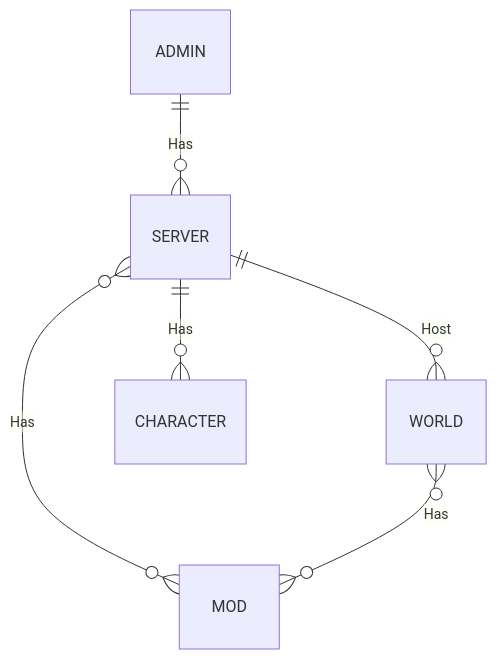
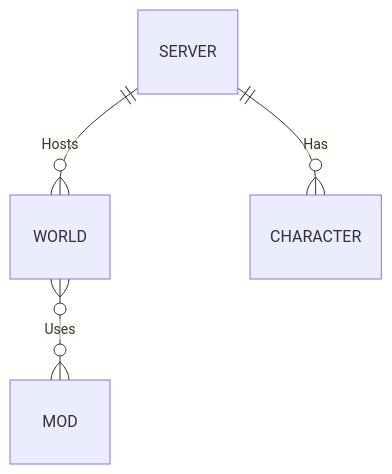
One commit to longlt201203/terraria-server-control changed the first of 2 diagrams in diagrams.md. Above: the diagram before and after it, drawn with Mermaid. The commit also changed other lines of this file and 25 other files, not shown here.

````diff
--- a/diagrams.md
+++ b/diagrams.md
@@ -3,8 +3,6 @@
 ```mermaid
 erDiagram
-    "ADMIN" ||--o{ "SERVER" : "Has"
-    "SERVER" ||--o{ "WORLD" : "Host"
-    "SERVER" }o--o{ "MOD" : "Has"
-    "WORLD" }o--o{ "MOD" : "Has"
+    "SERVER" ||--o{ "WORLD" : "Hosts"
+    "WORLD" }o--o{ "MOD" : "Uses"
     "SERVER" ||--o{ "CHARACTER" : "Has"
 ```
````
